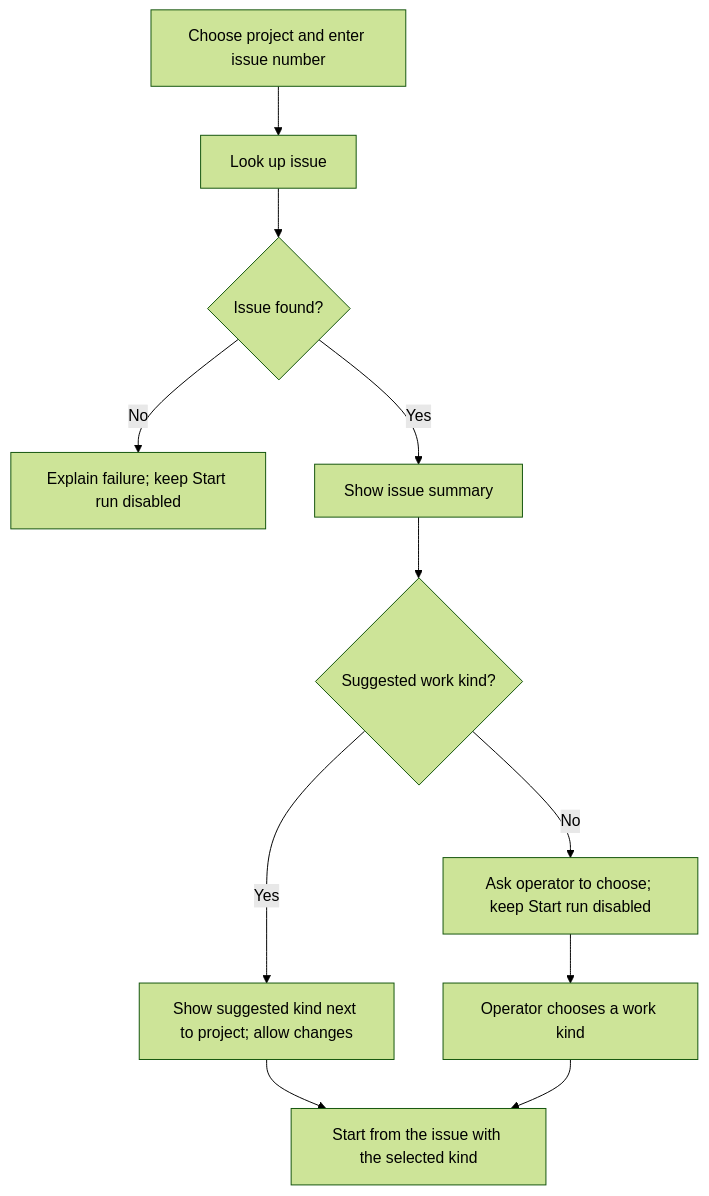
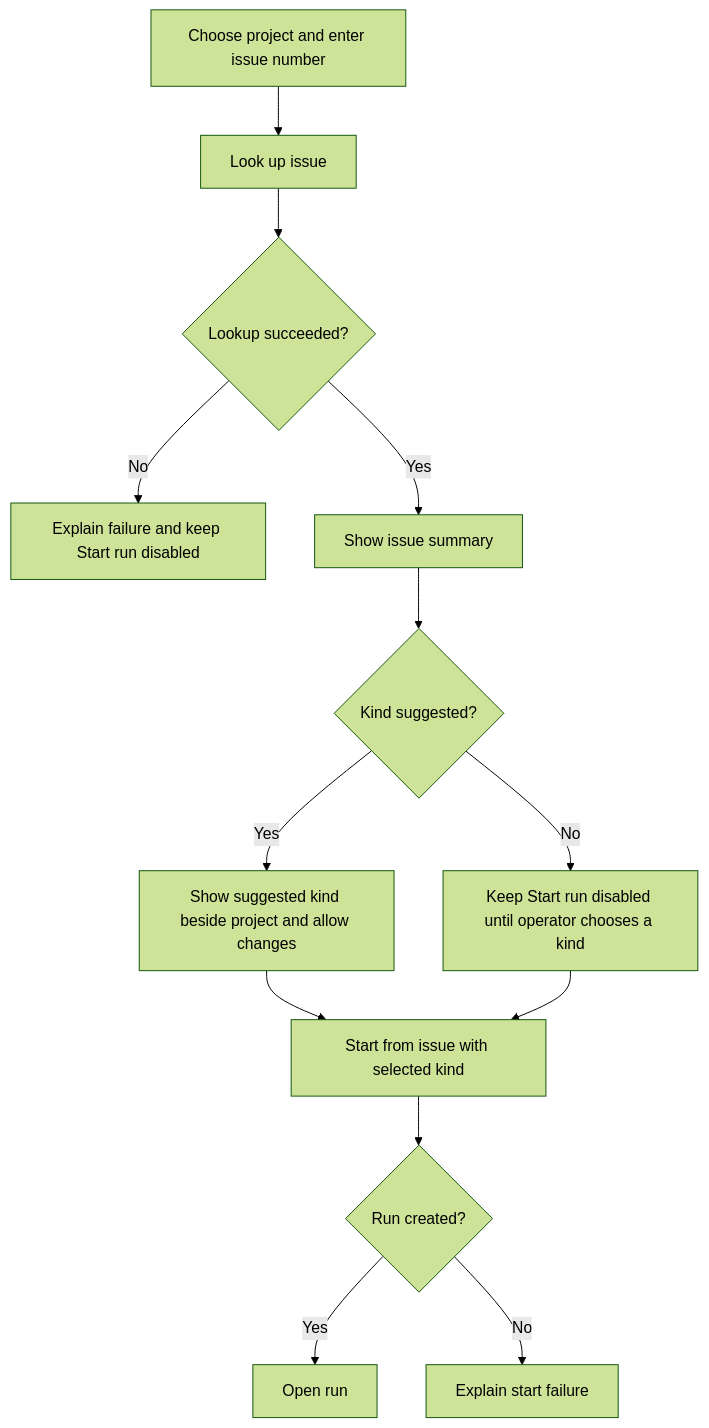
One commit to markdstafford/autocatalyst changed the first of 3 diagrams in context-human/specs/feature-issue-lookup-and-explicit-work-kind.md. Above: the diagram before and after it, drawn with Mermaid (forest theme). The commit also changed other lines of this file, not shown here.

Commit message:
docs: revise feature spec issue-lookup-and-explicit-work-kind

````diff
--- a/context-human/specs/feature-issue-lookup-and-explicit-work-kind.md
+++ b/context-human/specs/feature-issue-lookup-and-explicit-work-kind.md
@@ -74,13 +77,15 @@
 ```mermaid
 flowchart TD
     A[Choose project and enter issue number] --> B[Look up issue]
-    B --> C{Issue found?}
-    C -- No --> D[Explain failure; keep Start run disabled]
+    B --> C{Lookup succeeded?}
+    C -- No --> D[Explain failure and keep Start run disabled]
     C -- Yes --> E[Show issue summary]
-    E --> F{Suggested work kind?}
-    F -- Yes --> G[Show suggested kind next to project; allow changes]
-    F -- No --> H[Ask operator to choose; keep Start run disabled]
-    H --> I[Operator chooses a work kind]
-    G --> J[Start from the issue with the selected kind]
-    I --> J
+    E --> F{Kind suggested?}
+    F -- Yes --> G[Show suggested kind beside project and allow changes]
+    F -- No --> H[Keep Start run disabled until operator chooses a kind]
+    G --> I[Start from issue with selected kind]
+    H --> I
+    I --> J{Run created?}
+    J -- Yes --> K[Open run]
+    J -- No --> L[Explain start failure]
 ```
````
